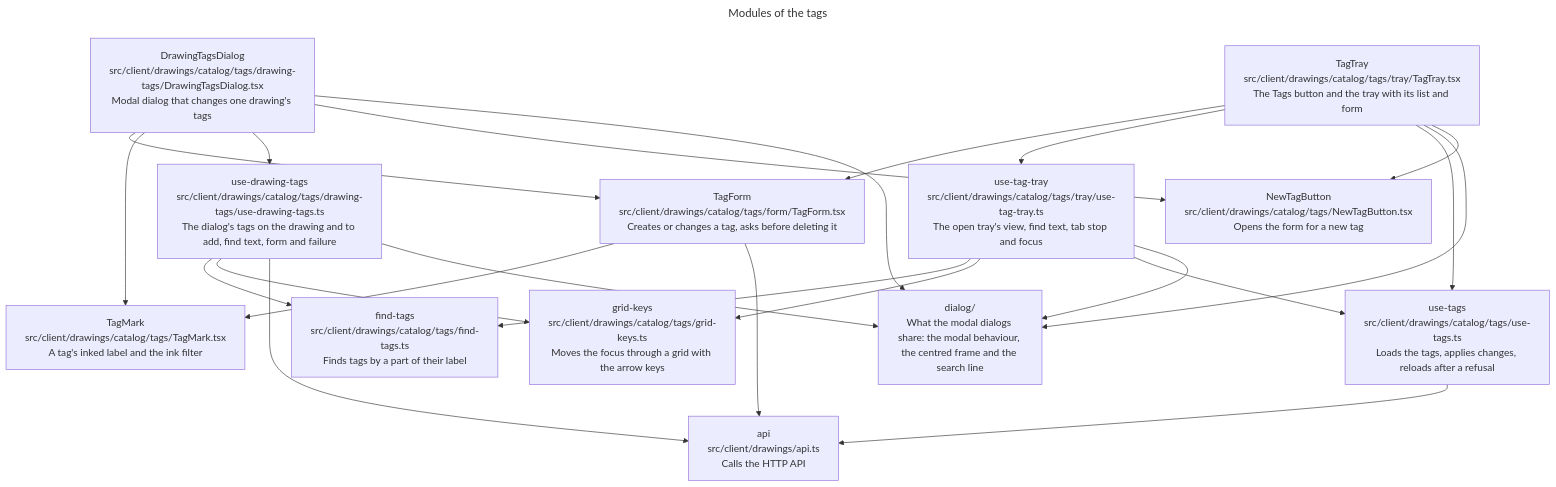
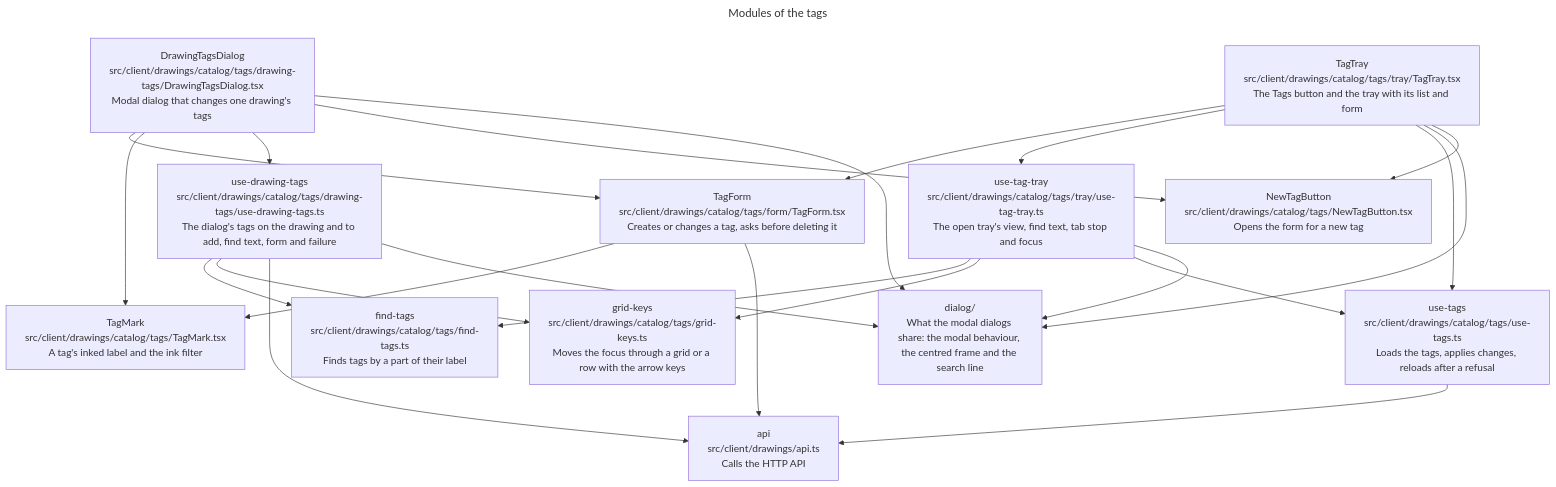
Before and after one commit to remshams/excalidraw-dashboard: the eighth of 11 diagrams in docs/architecture/architecture.md, drawn with Mermaid. The commit also changed other lines of this file and 1 other file, not shown here.

Commit message:
docs(Architecture): describe the tag filter, the Filter by row and the search state in App

````diff
--- a/docs/architecture/architecture.md
+++ b/docs/architecture/architecture.md
@@ -244,24 +249,24 @@
 ```mermaid
 ---
 title: Modules of the tags
 ---
 flowchart TD
     tray["TagTray<br>src/client/drawings/catalog/tags/tray/TagTray.tsx<br>The Tags button and the tray with its list and form"]:::module
     trayState["use-tag-tray<br>src/client/drawings/catalog/tags/tray/use-tag-tray.ts<br>The open tray's view, find text, tab stop and focus"]:::module
     form["TagForm<br>src/client/drawings/catalog/tags/form/TagForm.tsx<br>Creates or changes a tag, asks before deleting it"]:::module
     mark["TagMark<br>src/client/drawings/catalog/tags/TagMark.tsx<br>A tag's inked label and the ink filter"]:::module
     findTags["find-tags<br>src/client/drawings/catalog/tags/find-tags.ts<br>Finds tags by a part of their label"]:::module
-    gridKeys["grid-keys<br>src/client/drawings/catalog/tags/grid-keys.ts<br>Moves the focus through a grid with the arrow keys"]:::module
+    gridKeys["grid-keys<br>src/client/drawings/catalog/tags/grid-keys.ts<br>Moves the focus through a grid or a row with the arrow keys"]:::module
     tags["use-tags<br>src/client/drawings/catalog/tags/use-tags.ts<br>Loads the tags, applies changes, reloads after a refusal"]:::module
     drawingTags["DrawingTagsDialog<br>src/client/drawings/catalog/tags/drawing-tags/DrawingTagsDialog.tsx<br>Modal dialog that changes one drawing's tags"]:::module
     drawingTagsState["use-drawing-tags<br>src/client/drawings/catalog/tags/drawing-tags/use-drawing-tags.ts<br>The dialog's tags on the drawing and to add, find text, form and failure"]:::module
     newTag["NewTagButton<br>src/client/drawings/catalog/tags/NewTagButton.tsx<br>Opens the form for a new tag"]:::module
     dialog["dialog/<br>What the modal dialogs share: the modal behaviour, the centred frame and the search line"]:::group
     api["api<br>src/client/drawings/api.ts<br>Calls the HTTP API"]:::module
     tray --> form & trayState & tags & dialog & newTag
     drawingTags --> form & mark & drawingTagsState & newTag & dialog
     drawingTagsState --> findTags & gridKeys & api & dialog
     form --> mark & api
     trayState --> findTags & gridKeys & tags & dialog
     tags --> api
 ```
````
